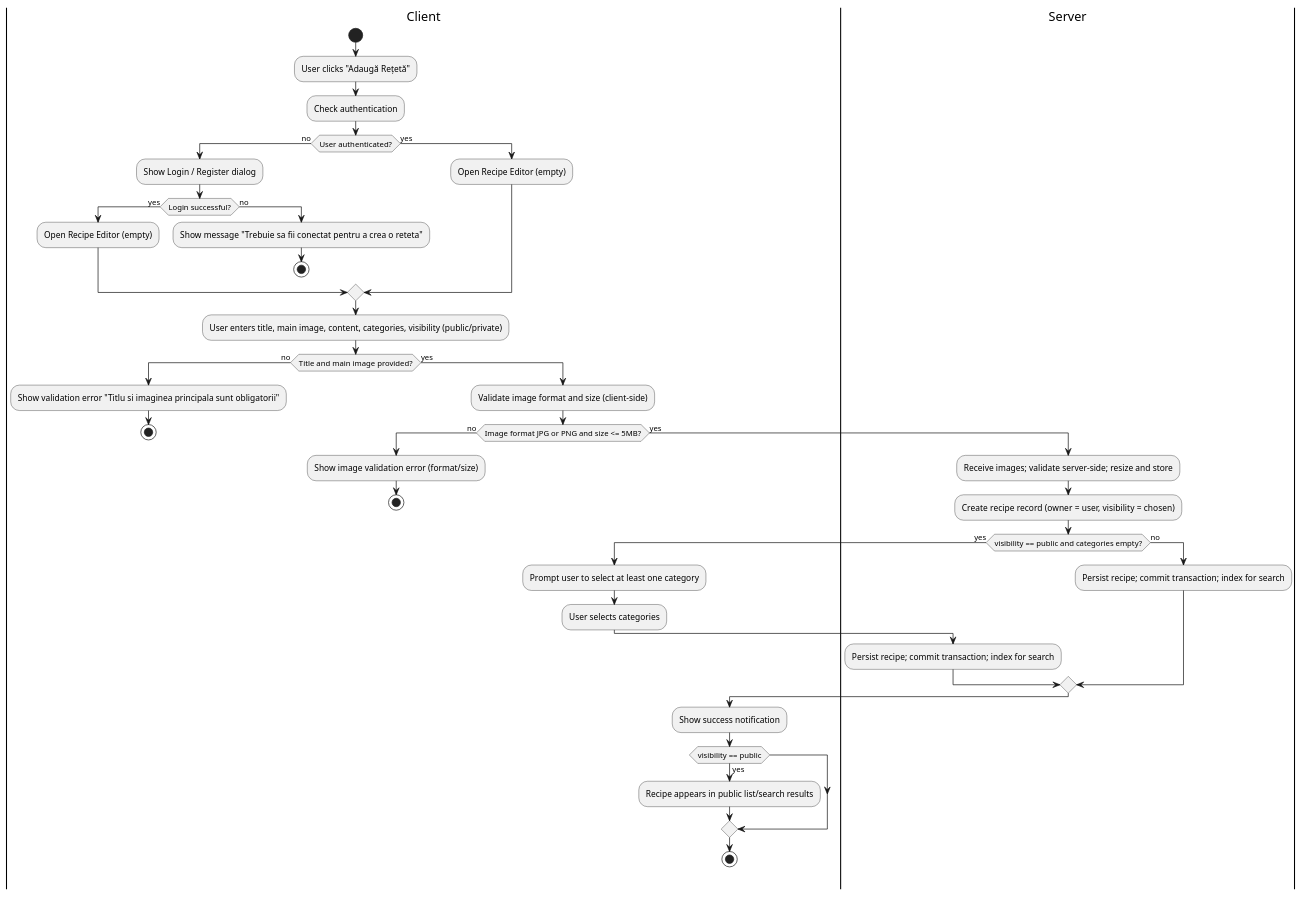
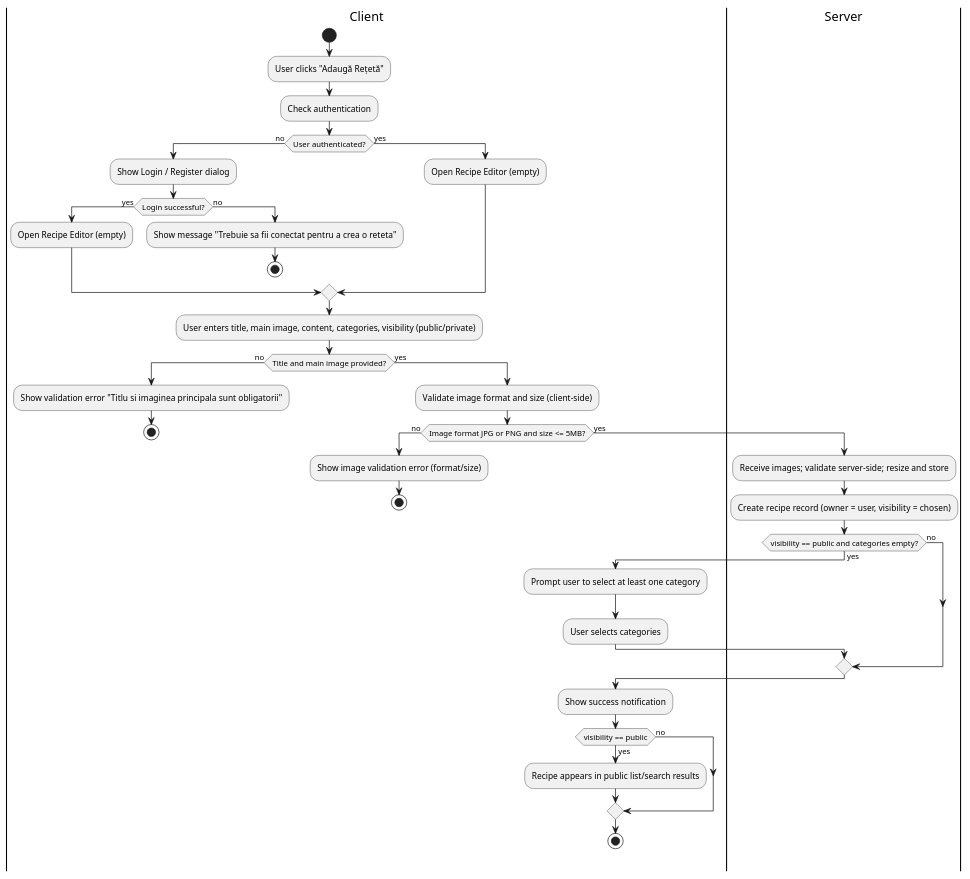
One commit to maxpricop/planificareStudiuRetete changed the diagram in Diagrams/Activity.puml. Above: the diagram before and after it, drawn with PlantUML.

Commit message:
refactor(diagrame): simplificat activity diagram

```diff
--- a/Diagrams/Activity.puml
+++ b/Diagrams/Activity.puml
@@ -1,52 +1,50 @@
 @startuml Activity_Recipe_Add
 
 |Client|
 start
 
 :User clicks "Adaugă Rețetă";
 
 :Check authentication;
 if (User authenticated?) then (no)
   :Show Login / Register dialog;
   if (Login successful?) then (yes)
     :Open Recipe Editor (empty);
   else (no)
     :Show message "Trebuie sa fii conectat pentru a crea o reteta";
     stop
   endif
 else (yes)
   :Open Recipe Editor (empty);
 endif
 
 :User enters title, main image, content, categories, visibility (public/private);
 if (Title and main image provided?) then (no)
   :Show validation error "Titlu si imaginea principala sunt obligatorii";
   stop
 else (yes)
   :Validate image format and size (client-side);
   if (Image format JPG or PNG and size <= 5MB?) then (no)
     :Show image validation error (format/size);
     stop
   else (yes)
     |Server|
     :Receive images; validate server-side; resize and store;
     :Create recipe record (owner = user, visibility = chosen);
     if (visibility == public and categories empty?) then (yes)
       |Client|
       :Prompt user to select at least one category;
       :User selects categories;
-      |Server|
-      :Persist recipe; commit transaction; index for search;
     else (no)
-      :Persist recipe; commit transaction; index for search;
     endif
     |Client|
     :Show success notification;
     if (visibility == public) then (yes)
       :Recipe appears in public list/search results;
+    else (no)
     endif
     stop
   endif
 endif
 
 @enduml
```
